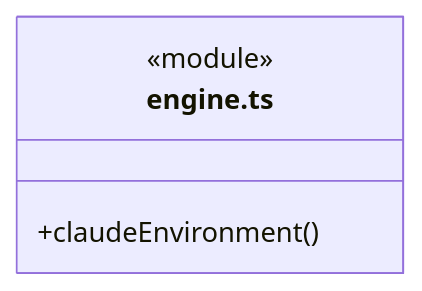
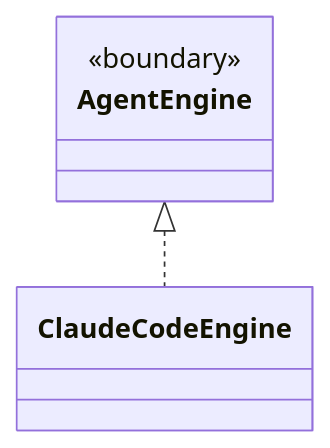
Before and after one commit to nan023062/cbim: the diagram in src/logic/execution/engines/claude/ARCHITECTURE.md, drawn with Mermaid. The commit also changed other lines of this file and 158 other files, not shown here.

Commit message:
docs: model architecture through nested virtual encapsulations

````diff
--- a/src/logic/execution/engines/claude/ARCHITECTURE.md
+++ b/src/logic/execution/engines/claude/ARCHITECTURE.md
@@ -104,7 +19,10 @@
 ```mermaid
 classDiagram
-class N_src_logic_execution_engines_claude_engine_ts["engine.ts"] {
-  <<module>>
-  +claudeEnvironment()
+class N_649b8a6ac172["AgentEngine"] {
+  <<boundary>>
 }
+click N_649b8a6ac172 href "../../rules/types.ts"
+class N_f68f9fd17f74["ClaudeCodeEngine"]
+click N_f68f9fd17f74 href "engine.ts"
+N_649b8a6ac172 <|.. N_f68f9fd17f74
 ```
````
